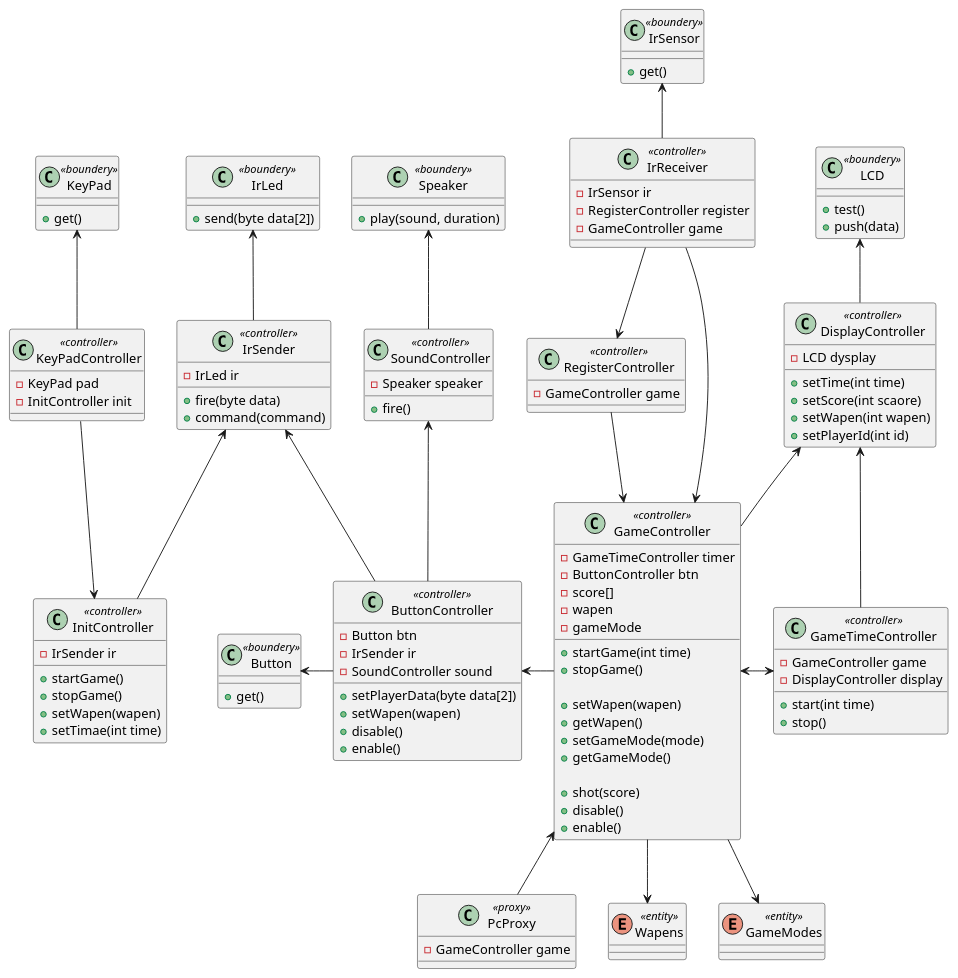
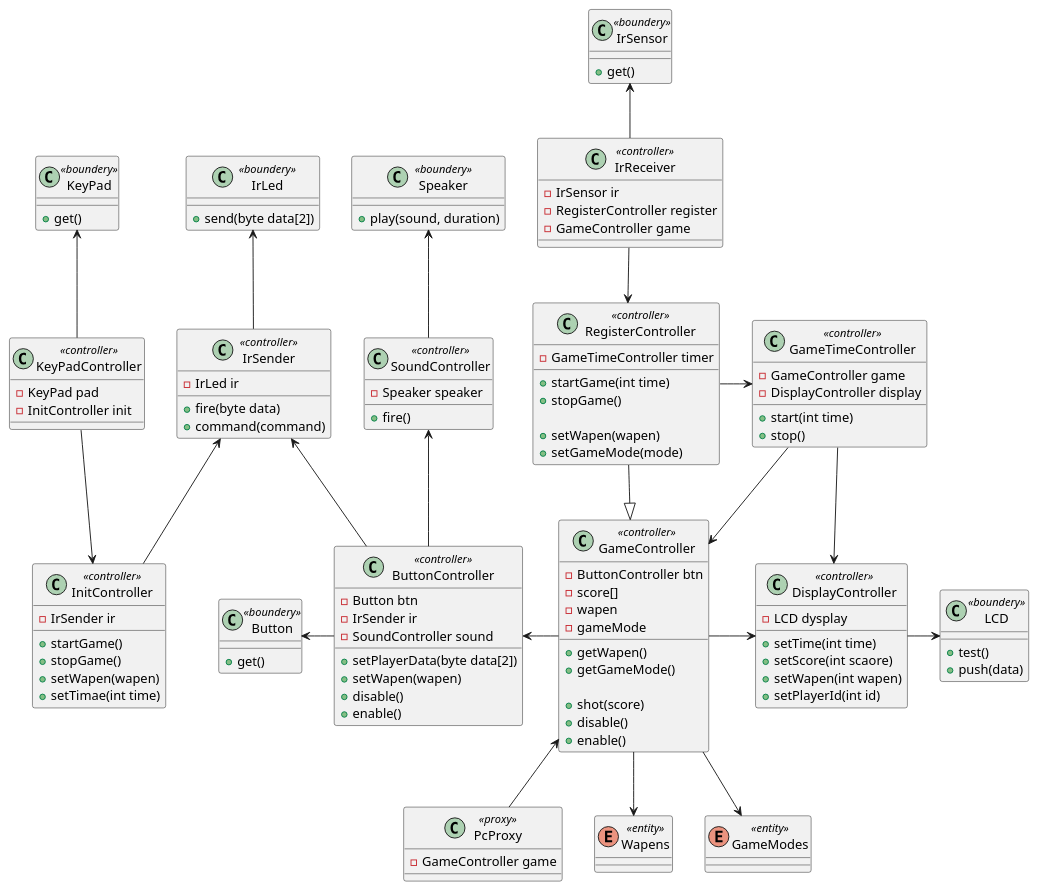
The diagram in Docs/architecture/class.puml (DavidDriessen/Skilled-Eagle_Lazer-Game), drawn with PlantUML before and after one commit. The commit also changed 1 other file, not shown here.

Commit message:
class diagram update

```diff
--- a/Docs/architecture/class.puml
+++ b/Docs/architecture/class.puml
@@ -1,128 +1,127 @@
 @startuml
 
 class LCD <<boundery>> {
-+test()
-+push(data)
+    +test()
+    +push(data)
 }
 class IrSensor <<boundery>> {
-+get()
+    +get()
 }
 class IrLed <<boundery>> {
-+send(byte data[2])
+    +send(byte data[2])
 }
 class Button <<boundery>> {
-+get()
+    +get()
 }
 class Speaker <<boundery>> {
-+play(sound, duration)
+    +play(sound, duration)
 }
 class KeyPad <<boundery>> {
-+get()
+    +get()
 }
 
 class DisplayController <<controller>> {
--LCD dysplay
-+setTime(int time)
-+setScore(int scaore)
-+setWapen(int wapen)
-+setPlayerId(int id)
+    -LCD dysplay
+    +setTime(int time)
+    +setScore(int scaore)
+    +setWapen(int wapen)
+    +setPlayerId(int id)
 }
 class IrReceiver <<controller>> {
--IrSensor ir
--RegisterController register
--GameController game
+    -IrSensor ir
+    -RegisterController register
+    -GameController game
 }
 class IrSender <<controller>> {
--IrLed ir
-+fire(byte data)
-+command(command)
+    -IrLed ir
+    +fire(byte data)
+    +command(command)
 }
 class ButtonController <<controller>> {
--Button btn
--IrSender ir
--SoundController sound
-+setPlayerData(byte data[2])
-+setWapen(wapen)
-+disable()
-+enable()
+    -Button btn
+    -IrSender ir
+    -SoundController sound
+    +setPlayerData(byte data[2])
+    +setWapen(wapen)
+    +disable()
+    +enable()
 }
 class SoundController <<controller>> {
--Speaker speaker
-+fire()
+    -Speaker speaker
+    +fire()
 }
 class KeyPadController <<controller>> {
--KeyPad pad
--InitController init
+    -KeyPad pad
+    -InitController init
 }
 
 class PcProxy <<proxy>> {
--GameController game
+    -GameController game
 }
 
 class GameController <<controller>> {
--GameTimeController timer
--ButtonController btn
--score[]
--wapen
--gameMode
+    -ButtonController btn
+    -score[]
+    -wapen
+    -gameMode
 
-+startGame(int time)
-+stopGame()
+    +getWapen()
+    +getGameMode()
 
-+setWapen(wapen)
-+getWapen()
-+setGameMode(mode)
-+getGameMode()
-
-+shot(score)
-+disable()
-+enable()
+    +shot(score)
+    +disable()
+    +enable()
 }
 class GameTimeController <<controller>> {
--GameController game
--DisplayController display
-+start(int time)
-+stop()
+    -GameController game
+    -DisplayController display
+    +start(int time)
+    +stop()
 }
 class InitController <<controller>> {
--IrSender ir
-+startGame()
-+stopGame()
-+setWapen(wapen)
-+setTimae(int time)
+    -IrSender ir
+    +startGame()
+    +stopGame()
+    +setWapen(wapen)
+    +setTimae(int time)
 }
 class RegisterController <<controller>> {
--GameController game
+    -GameTimeController timer
+    +startGame(int time)
+    +stopGame()
+
+    +setWapen(wapen)
+    +setGameMode(mode)
 }
 
 enum Wapens <<entity>>
 enum GameModes <<entity>>
 
-LCD <-- DisplayController
+DisplayController -> LCD
 IrSensor <-- IrReceiver
 IrLed <-- IrSender
 Button <- ButtonController
 Speaker <-- SoundController
 KeyPad <-- KeyPadController
 
-IrReceiver --> GameController
 IrReceiver --> RegisterController
-RegisterController --> GameController
+RegisterController --|> GameController
 
-GameController <-> GameTimeController
-DisplayController <-- GameTimeController
-DisplayController <-- GameController
+RegisterController -> GameTimeController
+GameTimeController --> GameController
+GameTimeController --> DisplayController
+GameController -> DisplayController
 'InitController --> GameController
 
 IrSender <-- ButtonController
 IrSender <-- InitController
 KeyPadController --> InitController
 
 ButtonController <- GameController
 SoundController <-- ButtonController
 
 GameController --> Wapens
 GameController --> GameModes
 GameController <-- PcProxy
 
 @enduml
```
